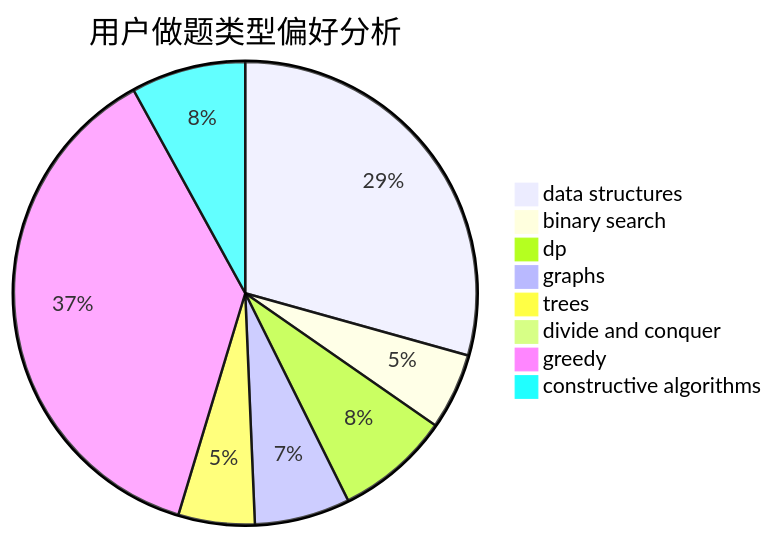
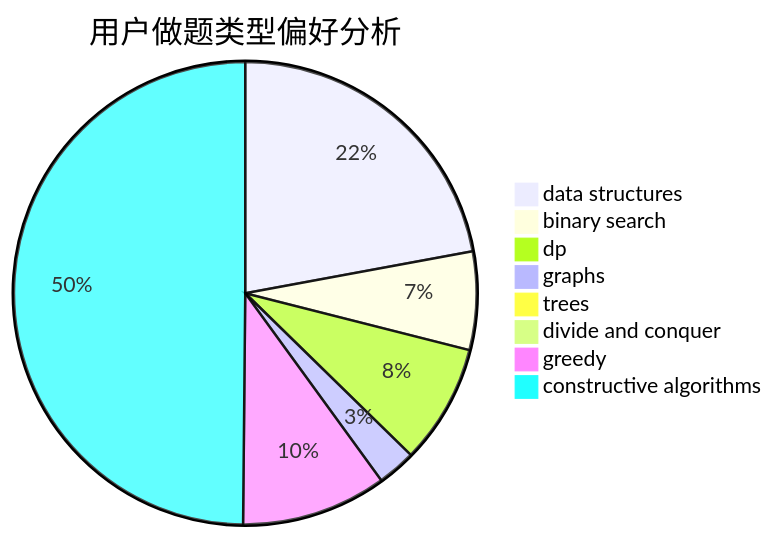
Before and after one commit to sherpahu/cfrs.github.io: the second of 3 diagrams in docs/user/u1614.md, drawn with Mermaid. The commit also changed other lines of this file and 2770 other files, not shown here.

````diff
--- a/docs/user/u1614.md
+++ b/docs/user/u1614.md
@@ -23,11 +23,11 @@
 ```mermaid
 pie title 用户做题类型偏好分析
-    "data structures" :  22
-    "binary search" :  4
-    "dp" :  6
-    "graphs" :  5
-    "trees" :  4
+    "data structures" :  74
+    "binary search" :  23
+    "dp" :  28
+    "graphs" :  9
+    "trees" :  0
     "divide and conquer" :  0
-    "greedy" :  28
-    "constructive algorithms" :  6
+    "greedy" :  34
+    "constructive algorithms" :  167
 ```
````
